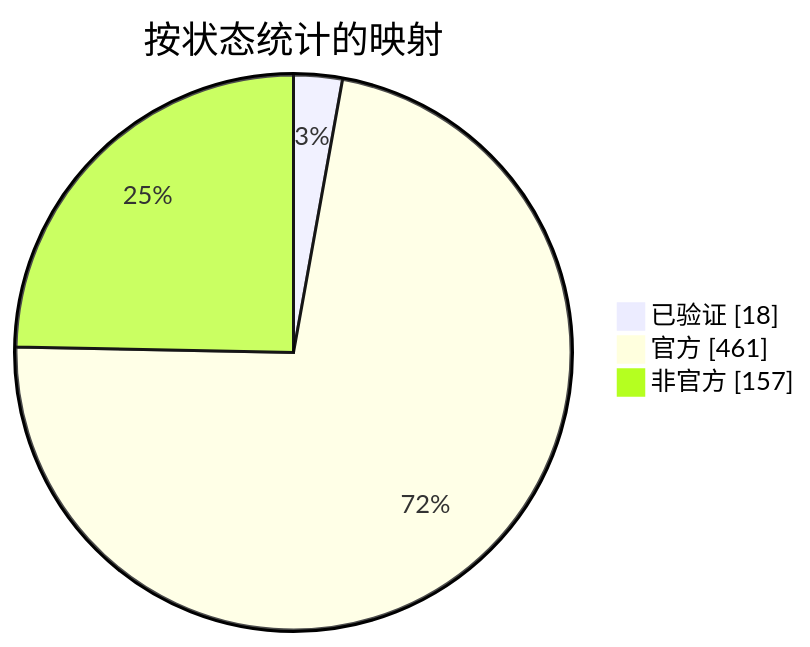
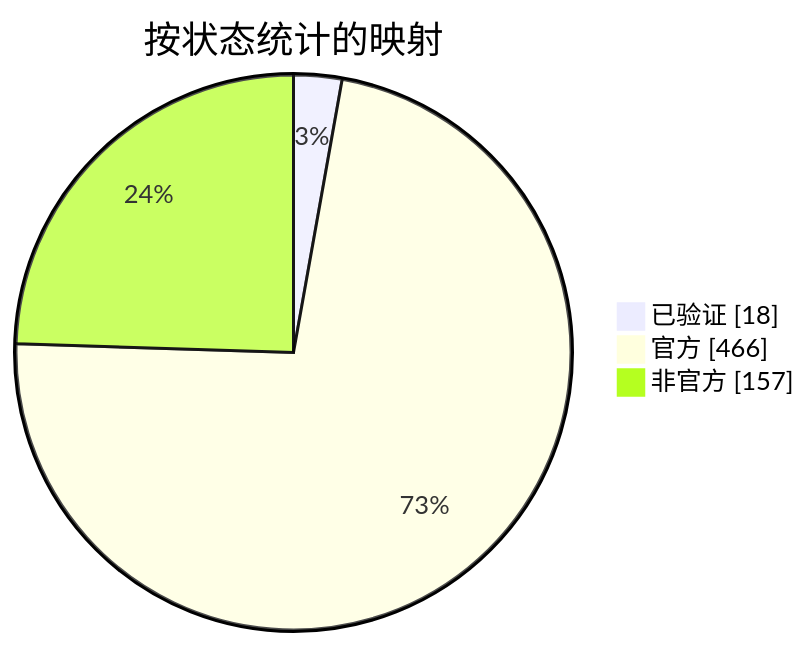
The diagram in docs/readme/README_ZHS.md (nobrega8/mbmap-library), drawn with Mermaid before and after one commit. The commit also changed 10 other files, not shown here.

````diff
--- a/docs/readme/README_ZHS.md
+++ b/docs/readme/README_ZHS.md
@@ -54,7 +54,7 @@
 ```mermaid
 pie showData
     title 按状态统计的映射
     "已验证" : 18
-    "官方" : 461
+    "官方" : 466
     "非官方" : 157
 ```
````
